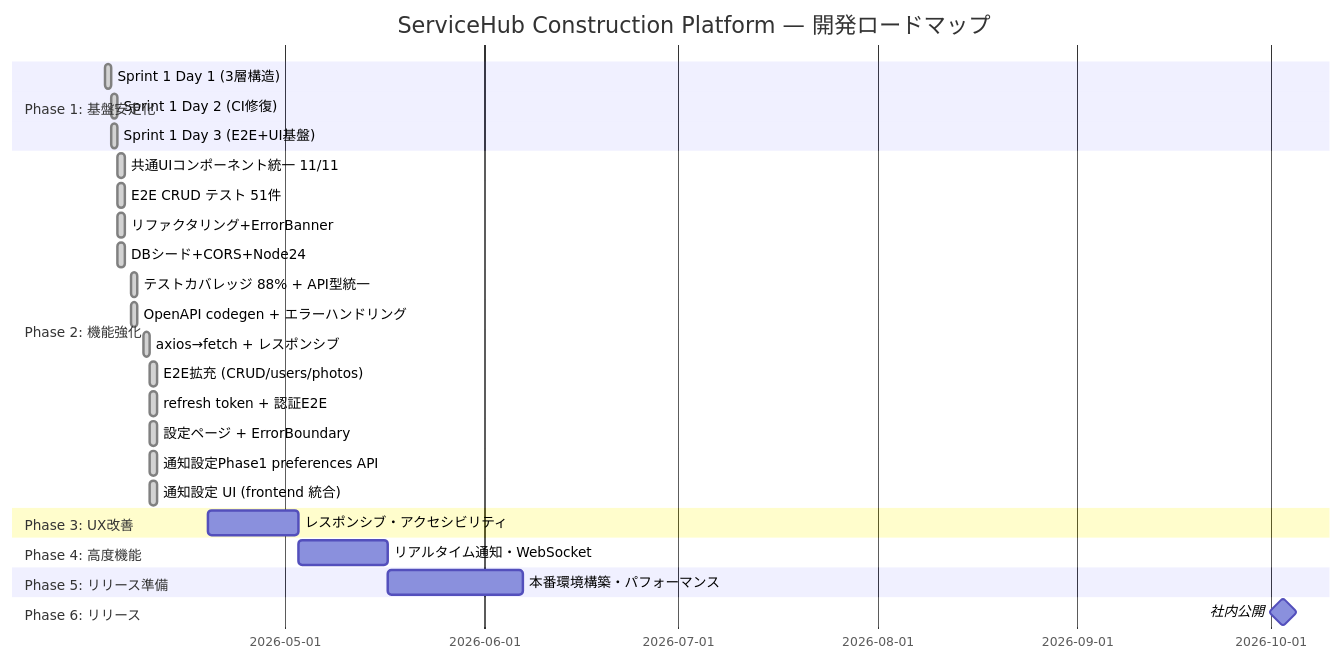
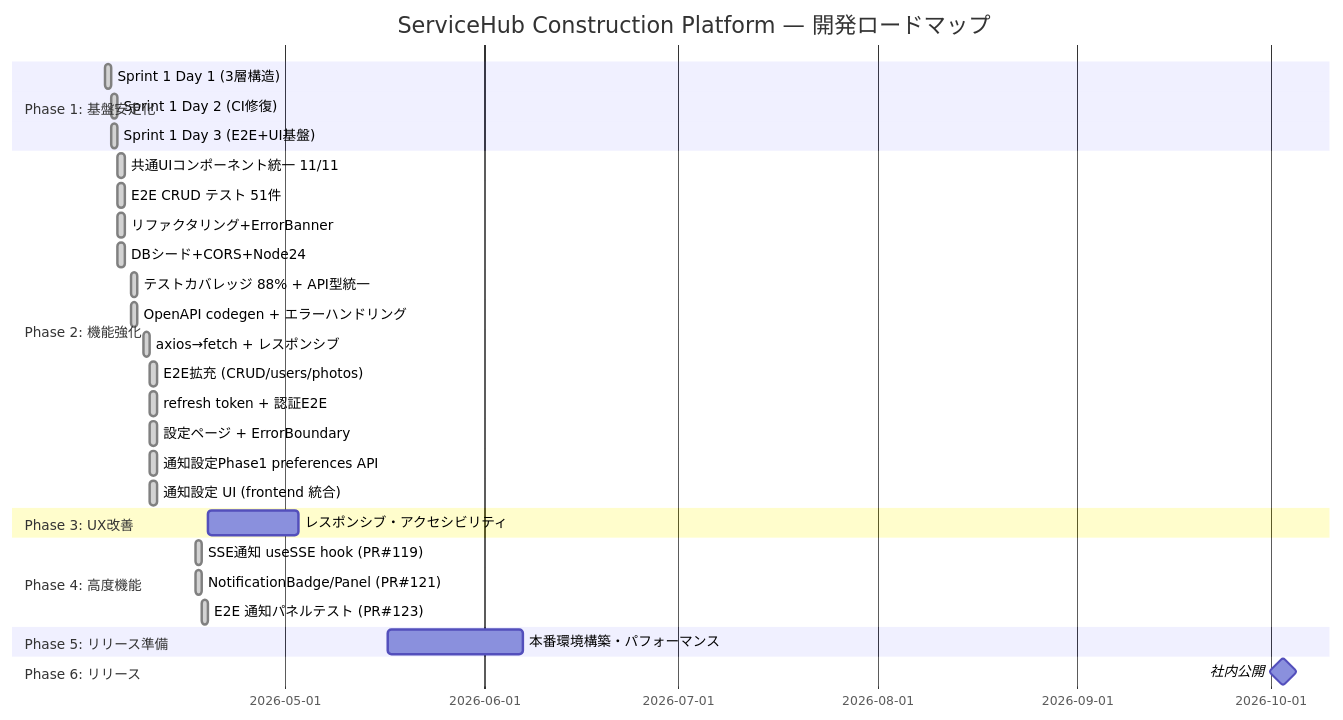
One commit to Kensan196948G/ServiceHub-Construction-Platform changed the fifth of 7 diagrams in README.md. Above: the diagram before and after it, drawn with Mermaid. The commit also changed other lines of this file, not shown here.

Commit message:
docs: README Phase 4c 完了反映 — E2E 202件・NotificationBadge/Panel・STABLE更新

````diff
--- a/README.md
+++ b/README.md
@@ -264,30 +267,32 @@
 ```mermaid
 gantt
     title ServiceHub Construction Platform — 開発ロードマップ
     dateFormat  YYYY-MM-DD
     section Phase 1: 基盤安定化
     Sprint 1 Day 1 (3層構造)         :done, s1d1, 2026-04-03, 1d
     Sprint 1 Day 2 (CI修復)          :done, s1d2, 2026-04-04, 1d
     Sprint 1 Day 3 (E2E+UI基盤)      :done, s1d3, 2026-04-04, 1d
     section Phase 2: 機能強化
     共通UIコンポーネント統一 11/11     :done, s2a, 2026-04-05, 1d
     E2E CRUD テスト 51件              :done, s2b, 2026-04-05, 1d
     リファクタリング+ErrorBanner      :done, s2c, 2026-04-05, 1d
     DBシード+CORS+Node24              :done, s2d, 2026-04-05, 1d
     テストカバレッジ 88% + API型統一    :done, s2e, 2026-04-07, 1d
     OpenAPI codegen + エラーハンドリング :done, s2f, 2026-04-07, 1d
     axios→fetch + レスポンシブ         :done, s2g, 2026-04-09, 1d
     E2E拡充 (CRUD/users/photos)        :done, s2h, 2026-04-10, 1d
     refresh token + 認証E2E            :done, s2i, 2026-04-10, 1d
     設定ページ + ErrorBoundary          :done, s2j, 2026-04-10, 1d
     通知設定Phase1 preferences API      :done, s2k, 2026-04-10, 1d
     通知設定 UI (frontend 統合)         :done, s2l, 2026-04-10, 1d
     section Phase 3: UX改善
     レスポンシブ・アクセシビリティ    :s3, 2026-04-19, 14d
     section Phase 4: 高度機能
-    リアルタイム通知・WebSocket       :s4, 2026-05-03, 14d
+    SSE通知 useSSE hook (PR#119)       :done, s4a, 2026-04-17, 1d
+    NotificationBadge/Panel (PR#121)   :done, s4b, 2026-04-17, 1d
+    E2E 通知パネルテスト (PR#123)       :done, s4c, 2026-04-18, 1d
     section Phase 5: リリース準備
     本番環境構築・パフォーマンス      :s5, 2026-05-17, 21d
     section Phase 6: リリース
     社内公開                          :milestone, m1, 2026-10-03, 0d
 ```
````
